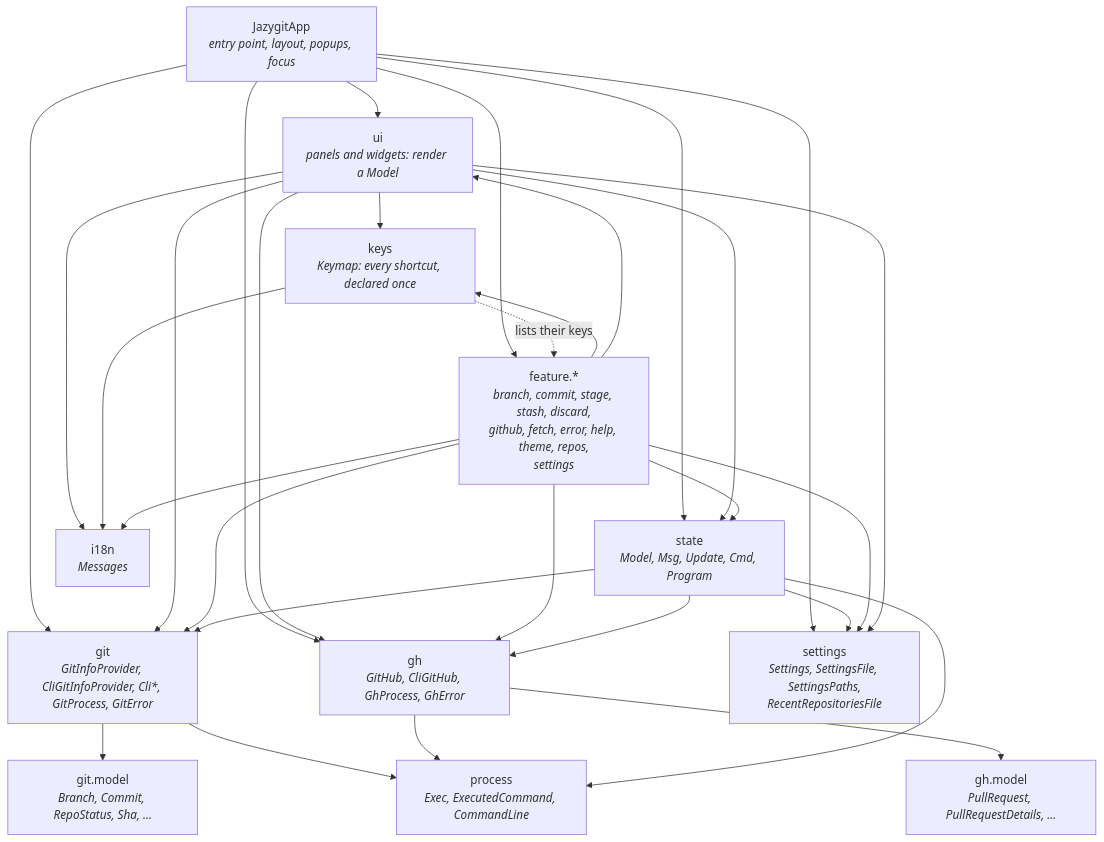
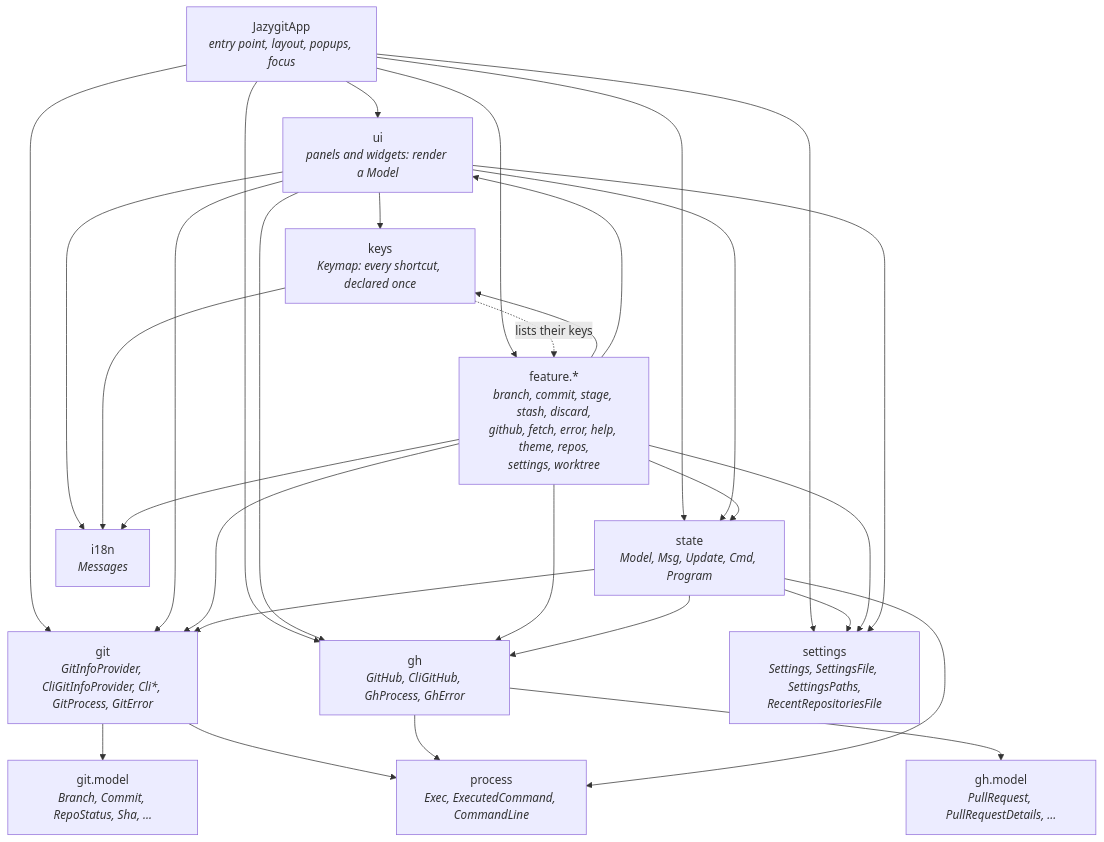
One commit to cvanfleteren/jazygit changed the first of 7 diagrams in ARCHITECTURE.md. Above: the diagram before and after it, drawn with Mermaid. The commit also changed other lines of this file and 115 other files, not shown here.

````diff
--- a/ARCHITECTURE.md
+++ b/ARCHITECTURE.md
@@ -17,45 +17,45 @@
 ```mermaid
 graph TD
     App["JazygitApp<br/><i>entry point, layout, popups, focus</i>"]
     UI["ui<br/><i>panels and widgets: render a Model</i>"]
     Keys["keys<br/><i>Keymap: every shortcut, declared once</i>"]
-    Feature["feature.*<br/><i>branch, commit, stage, stash, discard,<br/>github, fetch, error, help, theme, repos,<br/>settings</i>"]
+    Feature["feature.*<br/><i>branch, commit, stage, stash, discard,<br/>github, fetch, error, help, theme, repos,<br/>settings, worktree</i>"]
     State["state<br/><i>Model, Msg, Update, Cmd, Program</i>"]
     Git["git<br/><i>GitInfoProvider, CliGitInfoProvider, Cli*, GitProcess, GitError</i>"]
     GitModel["git.model<br/><i>Branch, Commit, RepoStatus, Sha, ...</i>"]
     Gh["gh<br/><i>GitHub, CliGitHub, GhProcess, GhError</i>"]
     GhModel["gh.model<br/><i>PullRequest, PullRequestDetails, ...</i>"]
     Process["process<br/><i>Exec, ExecutedCommand, CommandLine</i>"]
     I18n["i18n<br/><i>Messages</i>"]
     Settings["settings<br/><i>Settings, SettingsFile, SettingsPaths,<br/>RecentRepositoriesFile</i>"]
 
     App --> UI
     App --> State
     App --> Feature
     App --> Git
     App --> Gh
     UI --> Keys
     UI --> State
     UI --> Git
     UI --> Gh
     Keys -. "lists their keys" .-> Feature
     Feature --> Keys
     Feature --> UI
     Feature --> State
     Feature --> Git
     State --> Git
     Git --> GitModel
     Feature --> Gh
     State --> Gh
     Gh --> GhModel
     Git --> Process
     Gh --> Process
     State --> Process
     UI --> I18n
     App --> Settings
     State --> Settings
     Feature --> Settings
     UI --> Settings
     Keys --> I18n
     Feature --> I18n
 ```
````
